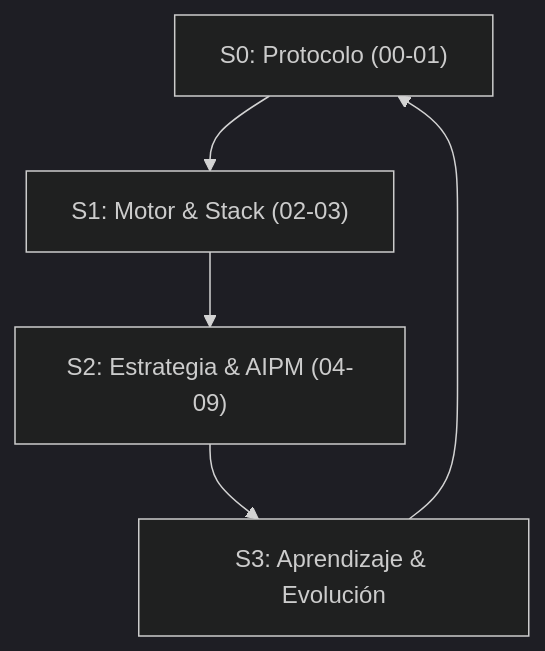
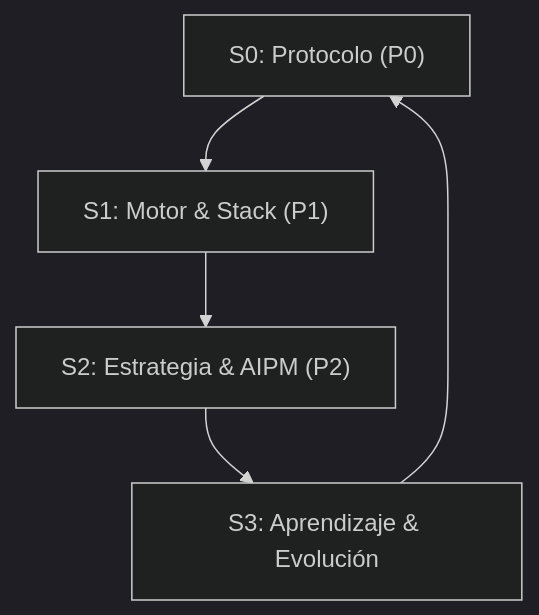
One commit to esjesusobando/Consequences changed the diagram in .agent/00_Rules/README.md. Above: the diagram before and after it, drawn with Mermaid (dark theme). The commit also changed other lines of this file and 1303 other files, not shown here.

````diff
--- a/.agent/00_Rules/README.md
+++ b/.agent/00_Rules/README.md
@@ -44,7 +46,7 @@
 ```mermaid
 graph TD
-    S0["S0: Protocolo (00-01)"] --> S1["S1: Motor & Stack (02-03)"]
-    S1 --> S2["S2: Estrategia & AIPM (04-09)"]
+    S0["S0: Protocolo (P0)"] --> S1["S1: Motor & Stack (P1)"]
+    S1 --> S2["S2: Estrategia & AIPM (P2)"]
     S2 --> S3["S3: Aprendizaje & Evolución"]
     S3 --> S0
 ```
````
